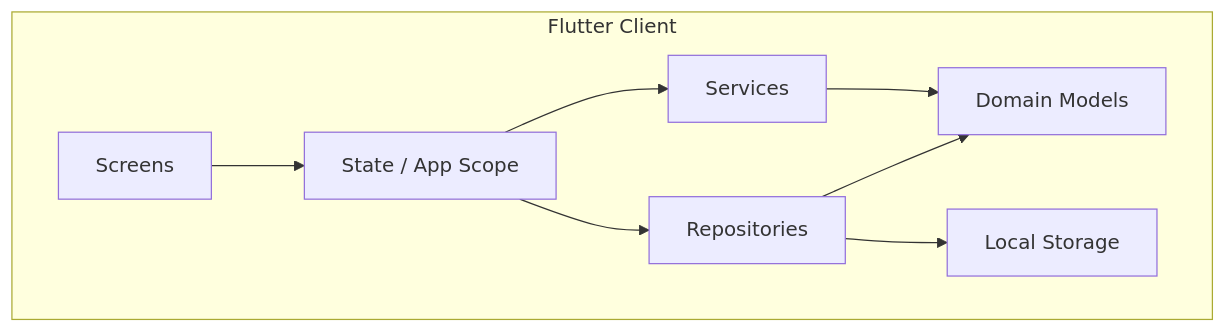
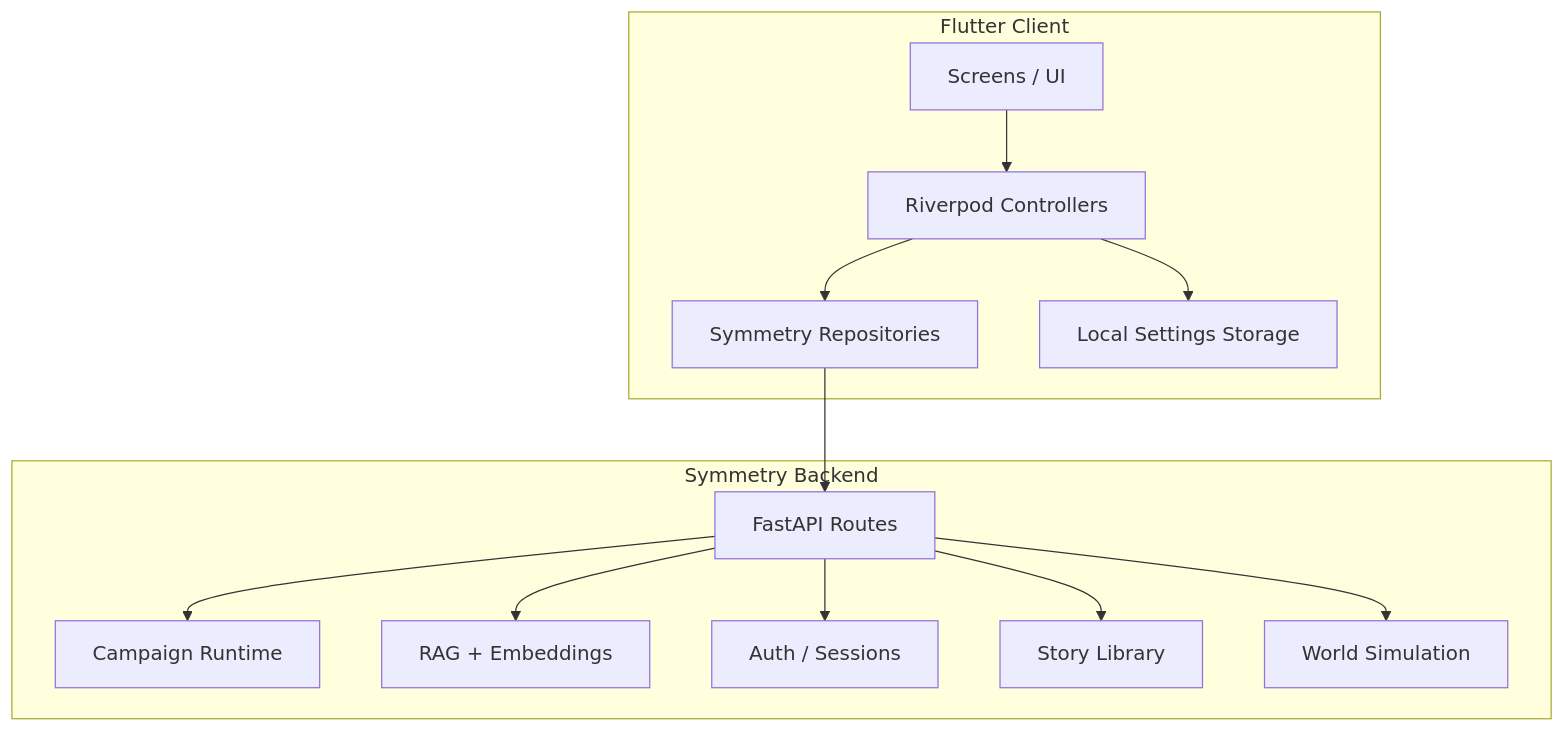
The second of 3 diagrams in Architecture.md (svc-alexey/AI_RPG), drawn with Mermaid before and after one commit. The commit also changed other lines of this file and 108 other files, not shown here.

Commit message:
Implement server-first symmetry backend and remove legacy local flow

````diff
--- a/Architecture.md
+++ b/Architecture.md
@@ -23,18 +36,28 @@
 ```mermaid
 flowchart TB
     subgraph Client["Flutter Client"]
-      Screens["Screens"]
-      State["State / App Scope"]
-      Domain["Domain Models"]
-      Services["Services"]
-      Repos["Repositories"]
-      Local["Local Storage"]
+      Screens["Screens / UI"]
+      State["Riverpod Controllers"]
+      Repos["Symmetry Repositories"]
+      Local["Local Settings Storage"]
+    end
+
+    subgraph Server["Symmetry Backend"]
+      Routes["FastAPI Routes"]
+      Runtime["Campaign Runtime"]
+      Rag["RAG + Embeddings"]
+      Auth["Auth / Sessions"]
+      Stories["Story Library"]
+      Sim["World Simulation"]
     end
 
     Screens --> State
-    State --> Services
     State --> Repos
-    Services --> Domain
-    Repos --> Domain
-    Repos --> Local
+    Repos --> Routes
+    State --> Local
+    Routes --> Runtime
+    Routes --> Rag
+    Routes --> Auth
+    Routes --> Stories
+    Routes --> Sim
 ```
````
